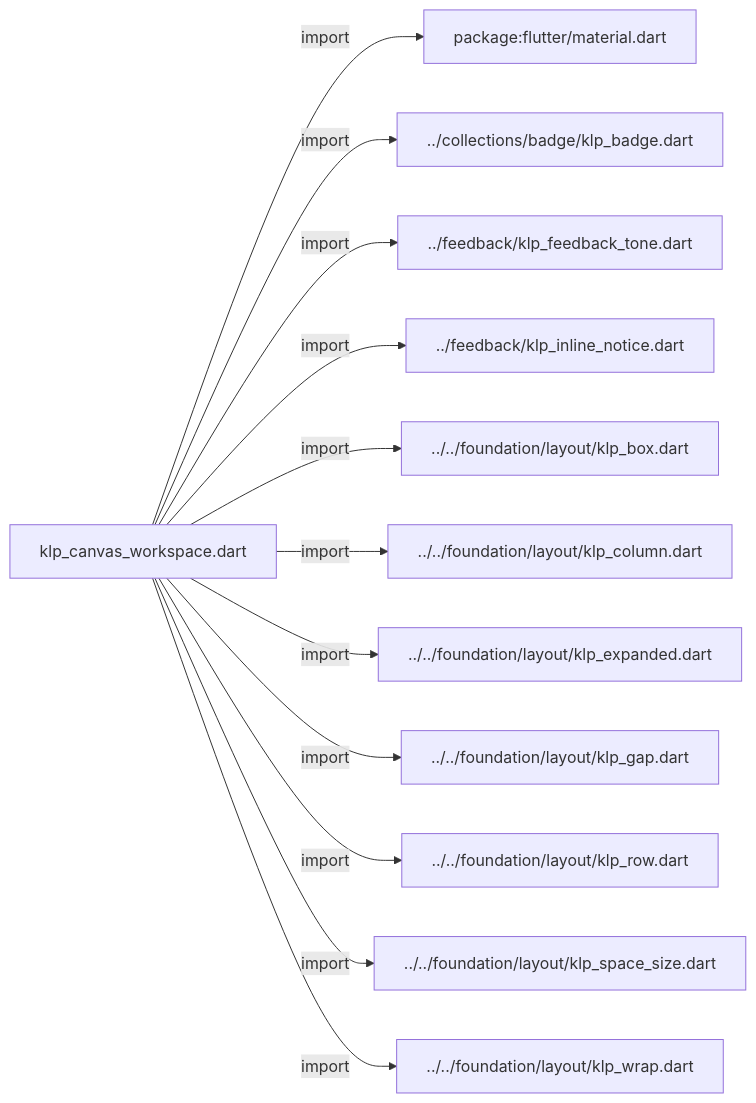
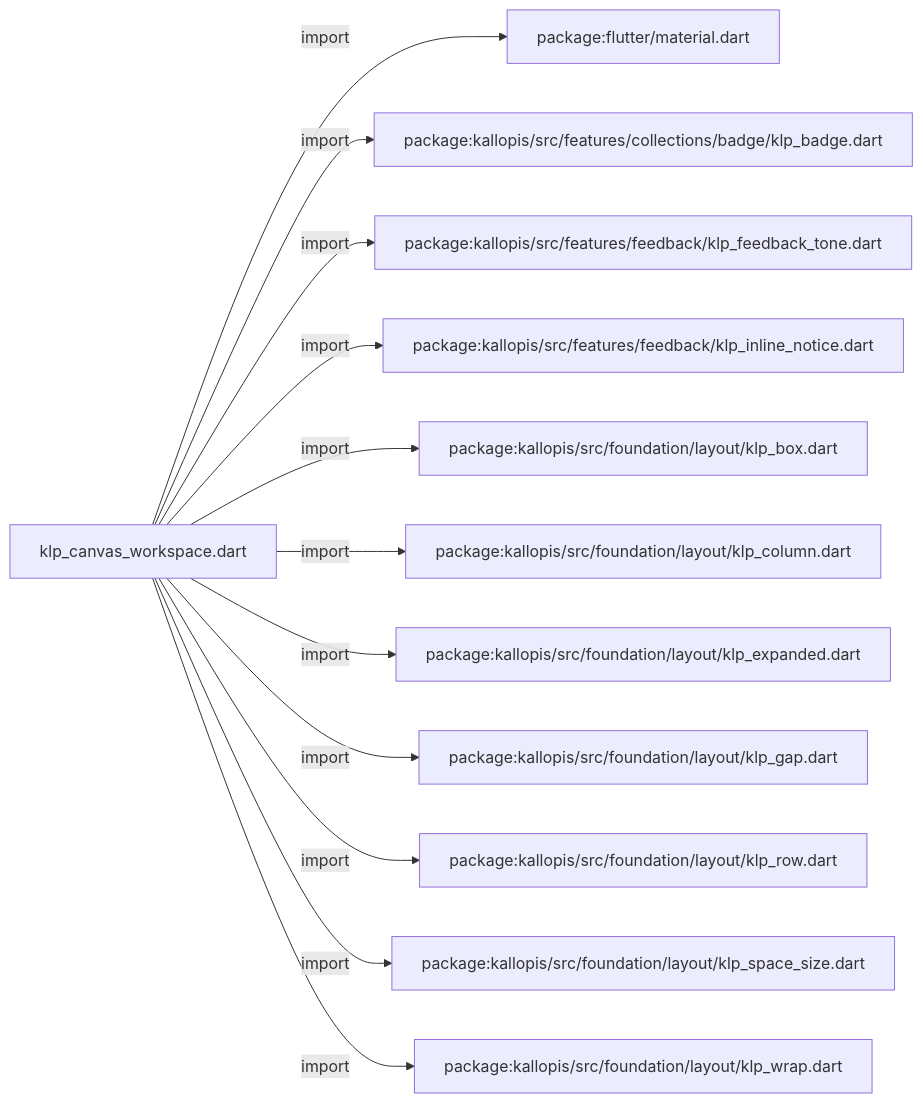
One commit to MiuDog/Kallopis changed the first of 3 diagrams in docs/architecture/src/features/infinite_canvas/klp_canvas_workspace.md. Above: the diagram before and after it, drawn with Mermaid. The commit also changed other lines of this file and 9688 other files, not shown here.

Commit message:
Prepare isolated Flow F2 peer baseline

````diff
--- a/docs/architecture/src/features/infinite_canvas/klp_canvas_workspace.md
+++ b/docs/architecture/src/features/infinite_canvas/klp_canvas_workspace.md
@@ -11,26 +11,26 @@
 ```mermaid
 flowchart LR
 	n0["klp_canvas_workspace.dart"]
 	n1["package:flutter/material.dart"]
-	n2["../collections/badge/klp_badge.dart"]
-	n3["../feedback/klp_feedback_tone.dart"]
-	n4["../feedback/klp_inline_notice.dart"]
-	n5["../../foundation/layout/klp_box.dart"]
-	n6["../../foundation/layout/klp_column.dart"]
-	n7["../../foundation/layout/klp_expanded.dart"]
-	n8["../../foundation/layout/klp_gap.dart"]
-	n9["../../foundation/layout/klp_row.dart"]
-	n10["../../foundation/layout/klp_space_size.dart"]
-	n11["../../foundation/layout/klp_wrap.dart"]
+	n2["package:kallopis/src/features/collections/badge/klp_badge.dart"]
+	n3["package:kallopis/src/features/feedback/klp_feedback_tone.dart"]
+	n4["package:kallopis/src/features/feedback/klp_inline_notice.dart"]
+	n5["package:kallopis/src/foundation/layout/klp_box.dart"]
+	n6["package:kallopis/src/foundation/layout/klp_column.dart"]
+	n7["package:kallopis/src/foundation/layout/klp_expanded.dart"]
+	n8["package:kallopis/src/foundation/layout/klp_gap.dart"]
+	n9["package:kallopis/src/foundation/layout/klp_row.dart"]
+	n10["package:kallopis/src/foundation/layout/klp_space_size.dart"]
+	n11["package:kallopis/src/foundation/layout/klp_wrap.dart"]
 	n0 -->|"import"| n1
 	n0 -->|"import"| n2
 	n0 -->|"import"| n3
 	n0 -->|"import"| n4
 	n0 -->|"import"| n5
 	n0 -->|"import"| n6
 	n0 -->|"import"| n7
 	n0 -->|"import"| n8
 	n0 -->|"import"| n9
 	n0 -->|"import"| n10
 	n0 -->|"import"| n11
 ```
````
